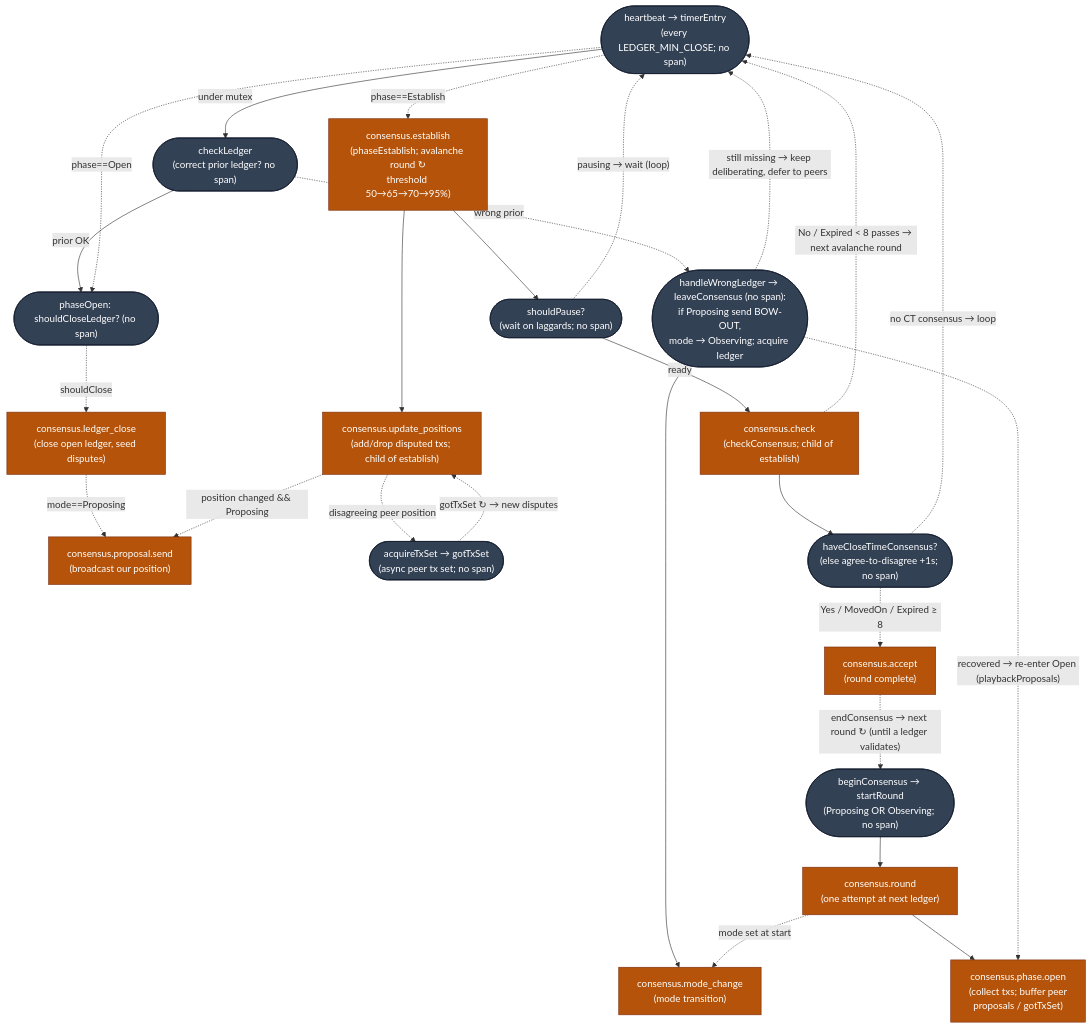
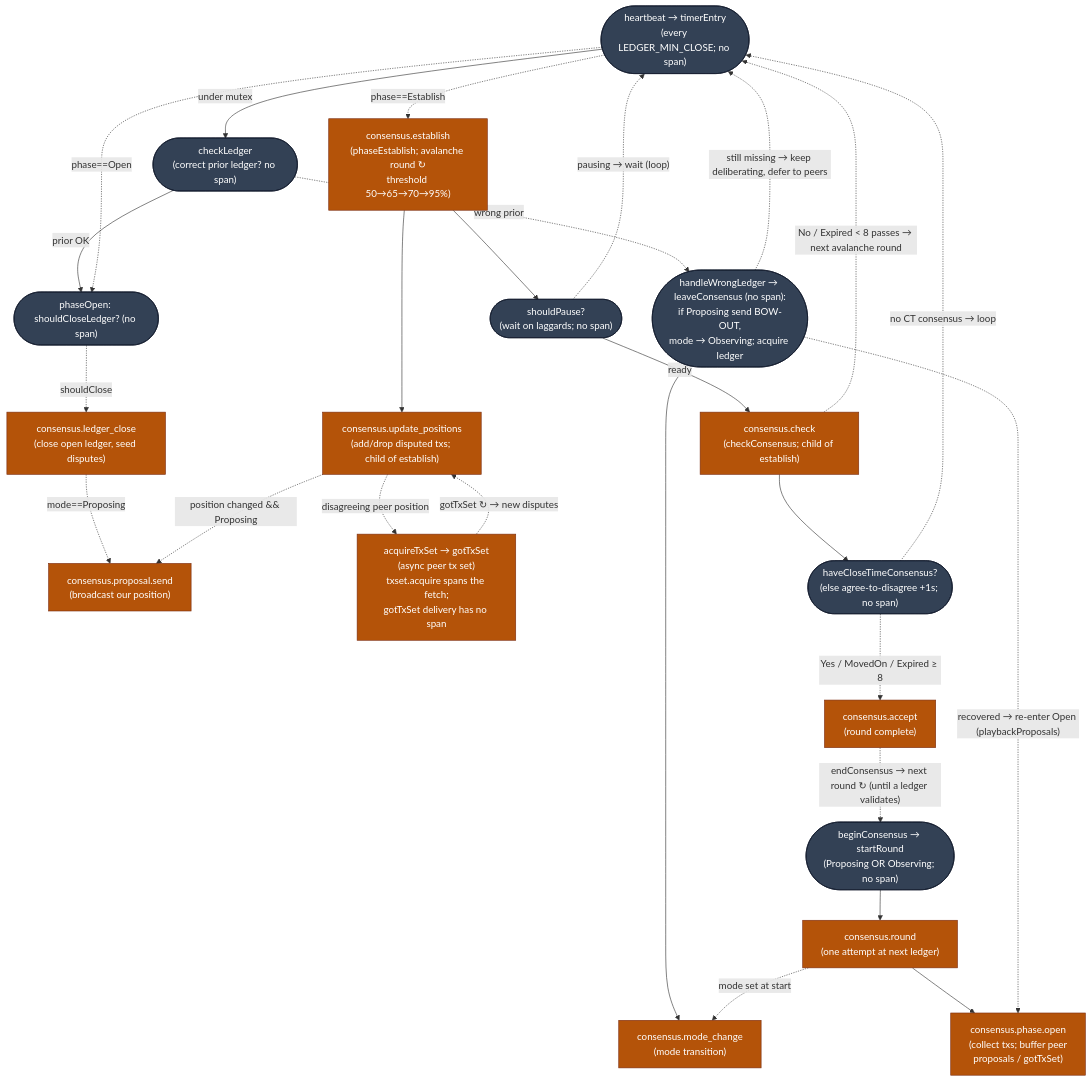
The fifth of 13 diagrams in docs/telemetry-runbook.md (XRPLF/rippled), drawn with Mermaid before and after one commit. The commit also changed other lines of this file, not shown here.

First line of the commit message:
docs(telemetry): the tx-set fetch now has a span, so stop saying it has none

````diff
--- a/docs/telemetry-runbook.md
+++ b/docs/telemetry-runbook.md
@@ -813,48 +813,48 @@
 ```mermaid
 flowchart TB
     classDef span fill:#b45309,stroke:#7c2d12,color:#fff;
     classDef plain fill:#334155,stroke:#0f172a,color:#fff;
 
     BEGIN(["beginConsensus → startRound<br/>(Proposing OR Observing; no span)"]):::plain
     ROUND["consensus.round<br/>(one attempt at next ledger)"]:::span
     OPENS["consensus.phase.open<br/>(collect txs; buffer peer<br/>proposals / gotTxSet)"]:::span
     HB(["heartbeat → timerEntry<br/>(every LEDGER_MIN_CLOSE; no span)"]):::plain
     CKL(["checkLedger<br/>(correct prior ledger? no span)"]):::plain
     WRONG(["handleWrongLedger → leaveConsensus (no span):<br/>if Proposing send BOW-OUT,<br/>mode → Observing; acquire ledger"]):::plain
     MODE["consensus.mode_change<br/>(mode transition)"]:::span
     POPEN(["phaseOpen: shouldCloseLedger? (no span)"]):::plain
     CLOSE["consensus.ledger_close<br/>(close open ledger, seed disputes)"]:::span
     pSend["consensus.proposal.send<br/>(broadcast our position)"]:::span
     PEST["consensus.establish<br/>(phaseEstablish; avalanche round ↻<br/>threshold 50→65→70→95%)"]:::span
     UPOS["consensus.update_positions<br/>(add/drop disputed txs; child of establish)"]:::span
-    acqTx(["acquireTxSet → gotTxSet<br/>(async peer tx set; no span)"]):::plain
+    acqTx["acquireTxSet → gotTxSet<br/>(async peer tx set)<br/>txset.acquire spans the fetch;<br/>gotTxSet delivery has no span"]:::span
     PAUSE(["shouldPause?<br/>(wait on laggards; no span)"]):::plain
     CHECK["consensus.check<br/>(checkConsensus; child of establish)"]:::span
     CTC(["haveCloseTimeConsensus?<br/>(else agree-to-disagree +1s; no span)"]):::plain
     ACCEPT["consensus.accept<br/>(round complete)"]:::span
 
     BEGIN --> ROUND --> OPENS
     HB -->|under mutex| CKL
     CKL -.->|wrong prior| WRONG
     WRONG --> MODE
     WRONG -. "recovered → re-enter Open (playbackProposals)" .-> OPENS
     WRONG -. "still missing → keep deliberating, defer to peers" .-> HB
     CKL -->|prior OK| POPEN
     HB -.->|phase==Open| POPEN
     HB -.->|phase==Establish| PEST
     POPEN -.->|shouldClose| CLOSE
     CLOSE -.->|mode==Proposing| pSend
     PEST --> UPOS
     UPOS -.->|position changed && Proposing| pSend
     UPOS -.->|disagreeing peer position| acqTx
     acqTx -. "gotTxSet ↻ → new disputes" .-> UPOS
     PEST --> PAUSE
     PAUSE -. "pausing → wait (loop)" .-> HB
     PAUSE -->|ready| CHECK
     CHECK -. "No / Expired < 8 passes → next avalanche round" .-> HB
     CHECK --> CTC
     CTC -. "no CT consensus → loop" .-> HB
     CTC -.->|Yes / MovedOn / Expired ≥ 8| ACCEPT
     ROUND -.->|mode set at start| MODE
     ACCEPT -. "endConsensus → next round ↻ (until a ledger validates)" .-> BEGIN
 ```
````
